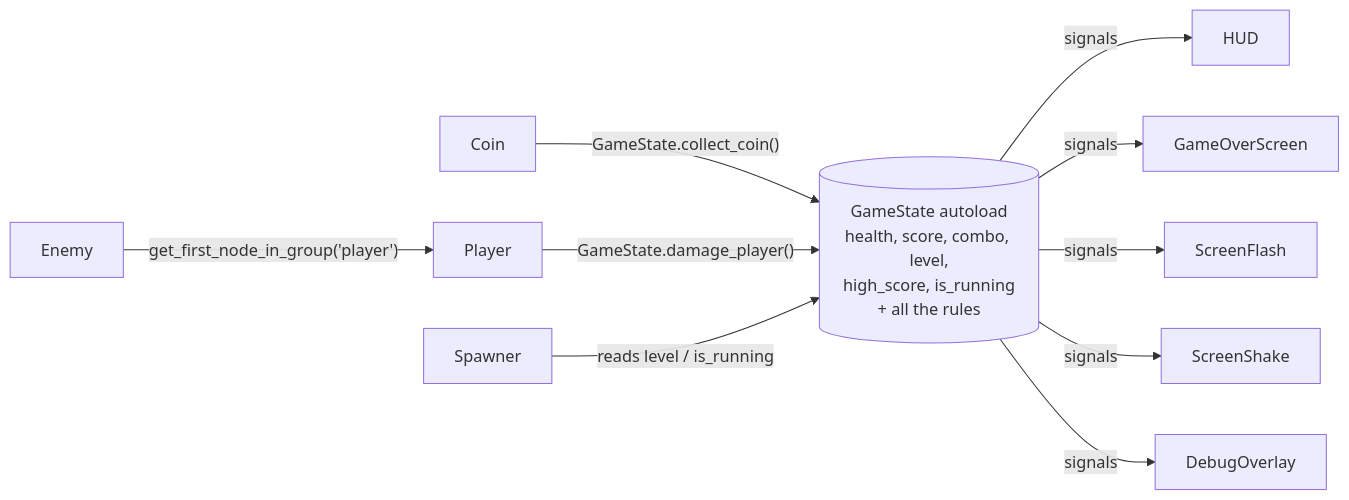
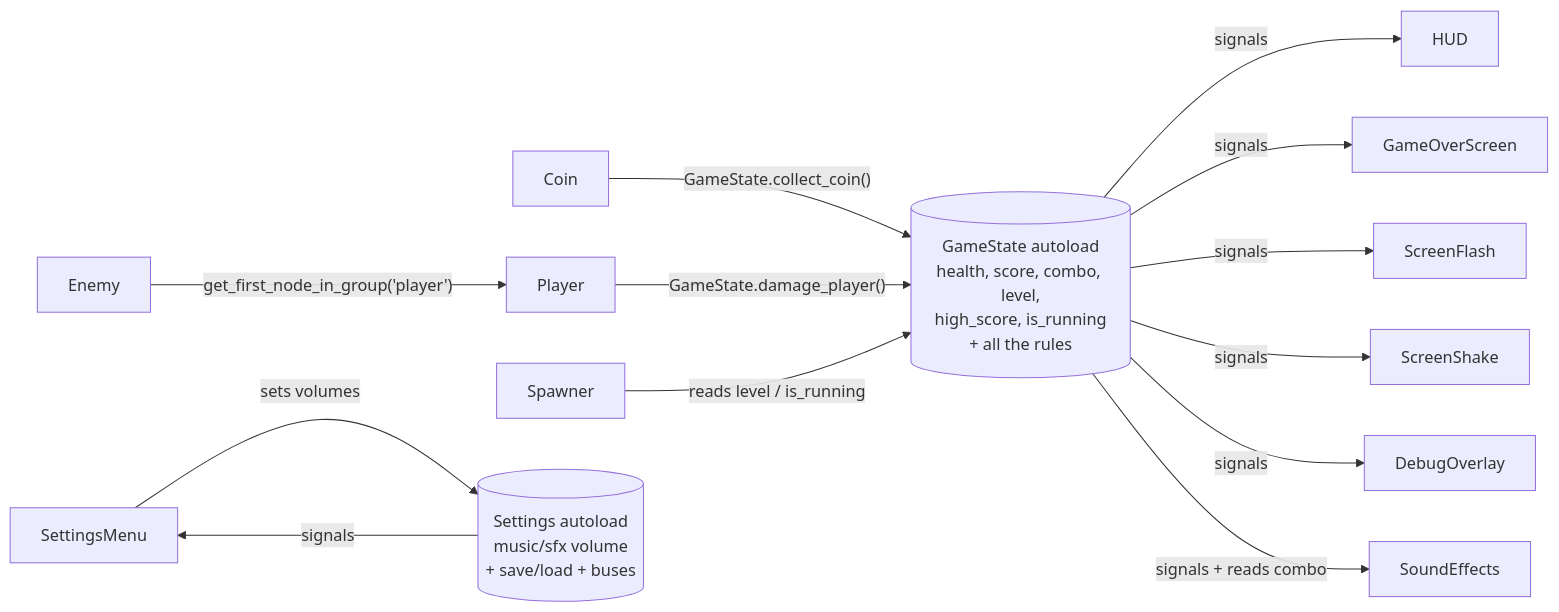
Before and after one commit to joranmarcy/Godot-MEDS-Comparison: the first of 2 diagrams in README.md, drawn with Mermaid. The commit also changed other lines of this file and 55 other files, not shown here.

First line of the commit message:
Add audio bus layout, volume controls, and sound effects

````diff
--- a/README.md
+++ b/README.md
@@ -37,10 +41,13 @@
 ```mermaid
 flowchart LR
     Coin -- "GameState.collect_coin()" --> GS[(GameState autoload<br/>health, score, combo, level,<br/>high_score, is_running<br/>+ all the rules)]
     Player -- "GameState.damage_player()" --> GS
     Enemy -- "get_first_node_in_group('player')" --> Player
     GS -- signals --> HUD
     GS -- signals --> GameOverScreen
     GS -- signals --> ScreenFlash & ScreenShake & DebugOverlay
+    GS -- "signals + reads combo" --> SoundEffects
     Spawner -- reads level / is_running --> GS
+    SettingsMenu -- "sets volumes" --> ST[(Settings autoload<br/>music/sfx volume<br/>+ save/load + buses)]
+    ST -- signals --> SettingsMenu
 ```
````
